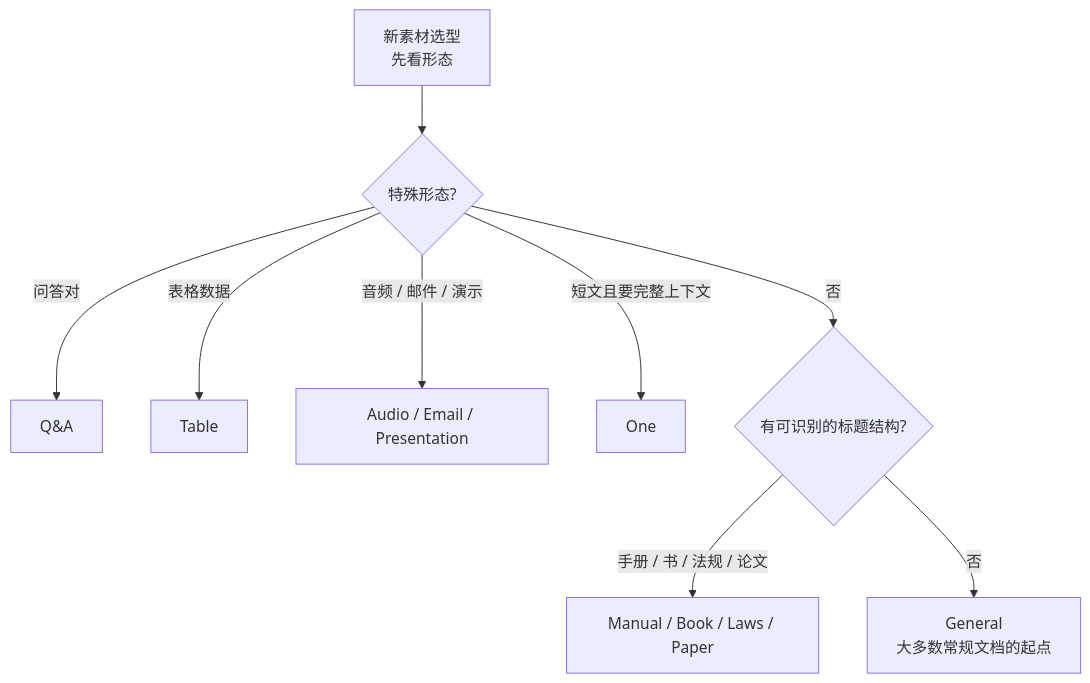
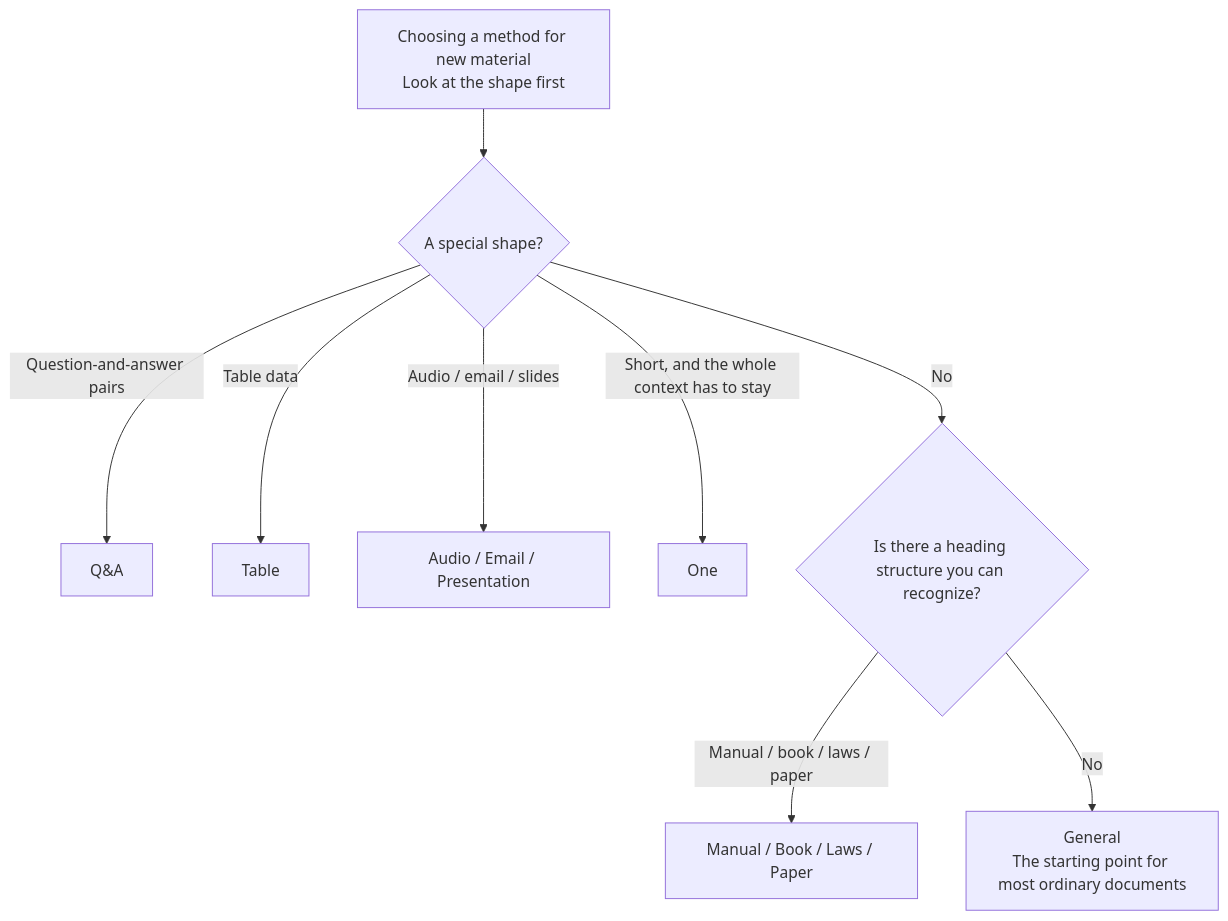
Before and after one commit to ybak/ai-tutorial: the third of 3 diagrams in books/ragflow/en/chapters/04-parsing-chunking.md, drawn with Mermaid. The commit also changed other lines of this file and 16 other files, not shown here.

First line of the commit message:
docs(ragflow): 按审阅改英文图、注释和正文

````diff
--- a/books/ragflow/en/chapters/04-parsing-chunking.md
+++ b/books/ragflow/en/chapters/04-parsing-chunking.md
@@ -111,11 +111,11 @@
 ```mermaid
 flowchart TD
-    A["新素材选型<br/>先看形态"] --> B{"特殊形态?"}
-    B -->|"问答对"| Q["Q&A"]
-    B -->|"表格数据"| T["Table"]
-    B -->|"音频 / 邮件 / 演示"| S["Audio / Email / Presentation"]
-    B -->|"短文且要完整上下文"| O["One"]
-    B -->|"否"| C{"有可识别的标题结构?"}
-    C -->|"手册 / 书 / 法规 / 论文"| H["Manual / Book / Laws / Paper"]
-    C -->|"否"| G["General<br/>大多数常规文档的起点"]
+    A["Choosing a method for new material<br/>Look at the shape first"] --> B{"A special shape?"}
+    B -->|"Question-and-answer pairs"| Q["Q&A"]
+    B -->|"Table data"| T["Table"]
+    B -->|"Audio / email / slides"| S["Audio / Email / Presentation"]
+    B -->|"Short, and the whole context has to stay"| O["One"]
+    B -->|"No"| C{"Is there a heading structure you can recognize?"}
+    C -->|"Manual / book / laws / paper"| H["Manual / Book / Laws / Paper"]
+    C -->|"No"| G["General<br/>The starting point for most ordinary documents"]
 ```
````
